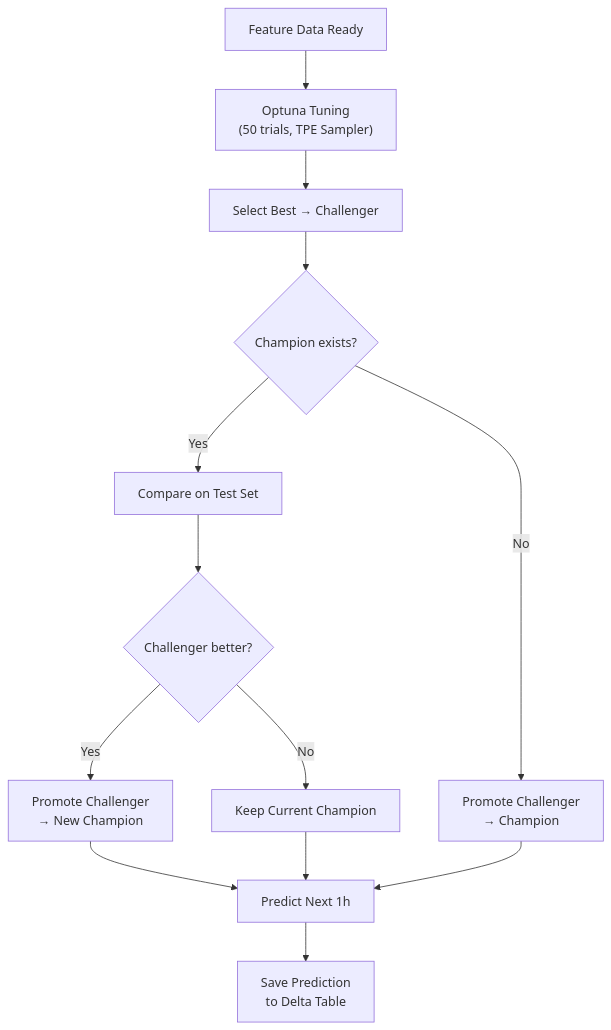
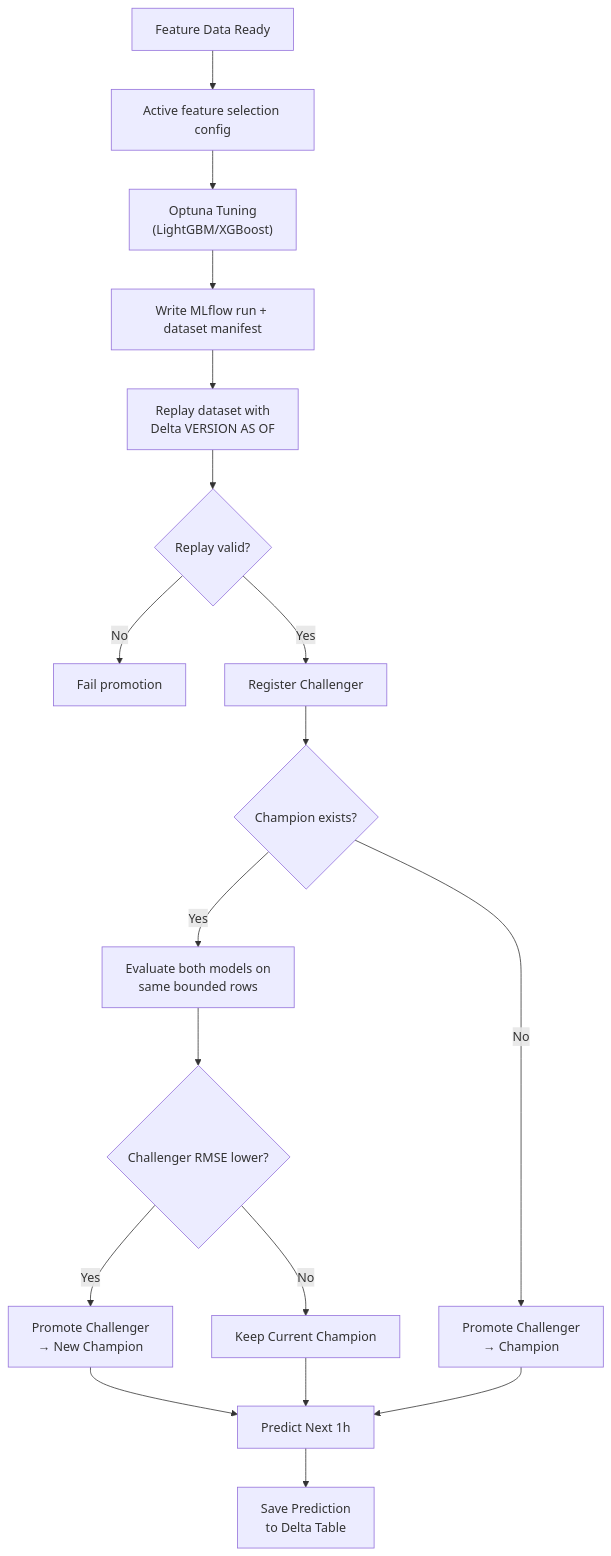
The second of 2 diagrams in _bmad-output/planning-artifacts/implementation_plan.md (dunglk85/btc_mle_dbr), drawn with Mermaid before and after one commit. The commit also changed other lines of this file, not shown here.

````diff
--- a/_bmad-output/planning-artifacts/implementation_plan.md
+++ b/_bmad-output/planning-artifacts/implementation_plan.md
@@ -225,16 +231,20 @@
 ```mermaid
 flowchart TD
-    A["Feature Data Ready"] --> B["Optuna Tuning<br/>(50 trials, TPE Sampler)"]
-    B --> C["Select Best → Challenger"]
-    D{"Champion exists?"}
-    C --> D
-    D -->|No| E["Promote Challenger<br/>→ Champion"]
-    D -->|Yes| F["Compare on Test Set"]
-    F --> G{"Challenger better?"}
+    A["Feature Data Ready"] --> Z["Active feature selection config"]
+    Z --> B["Optuna Tuning<br/>(LightGBM/XGBoost)"]
+    B --> C["Write MLflow run + dataset manifest"]
+    C --> R["Replay dataset with<br/>Delta VERSION AS OF"]
+    R --> D{"Replay valid?"}
+    D -->|No| X["Fail promotion"]
+    D -->|Yes| Y["Register Challenger"]
+    Y --> E{"Champion exists?"}
+    E -->|No| P["Promote Challenger<br/>→ Champion"]
+    E -->|Yes| F["Evaluate both models on<br/>same bounded rows"]
+    F --> G{"Challenger RMSE lower?"}
     G -->|Yes| H["Promote Challenger<br/>→ New Champion"]
     G -->|No| I["Keep Current Champion"]
     H --> J["Predict Next 1h"]
     I --> J
-    E --> J
+    P --> J
     J --> K["Save Prediction<br/>to Delta Table"]
 ```
````
